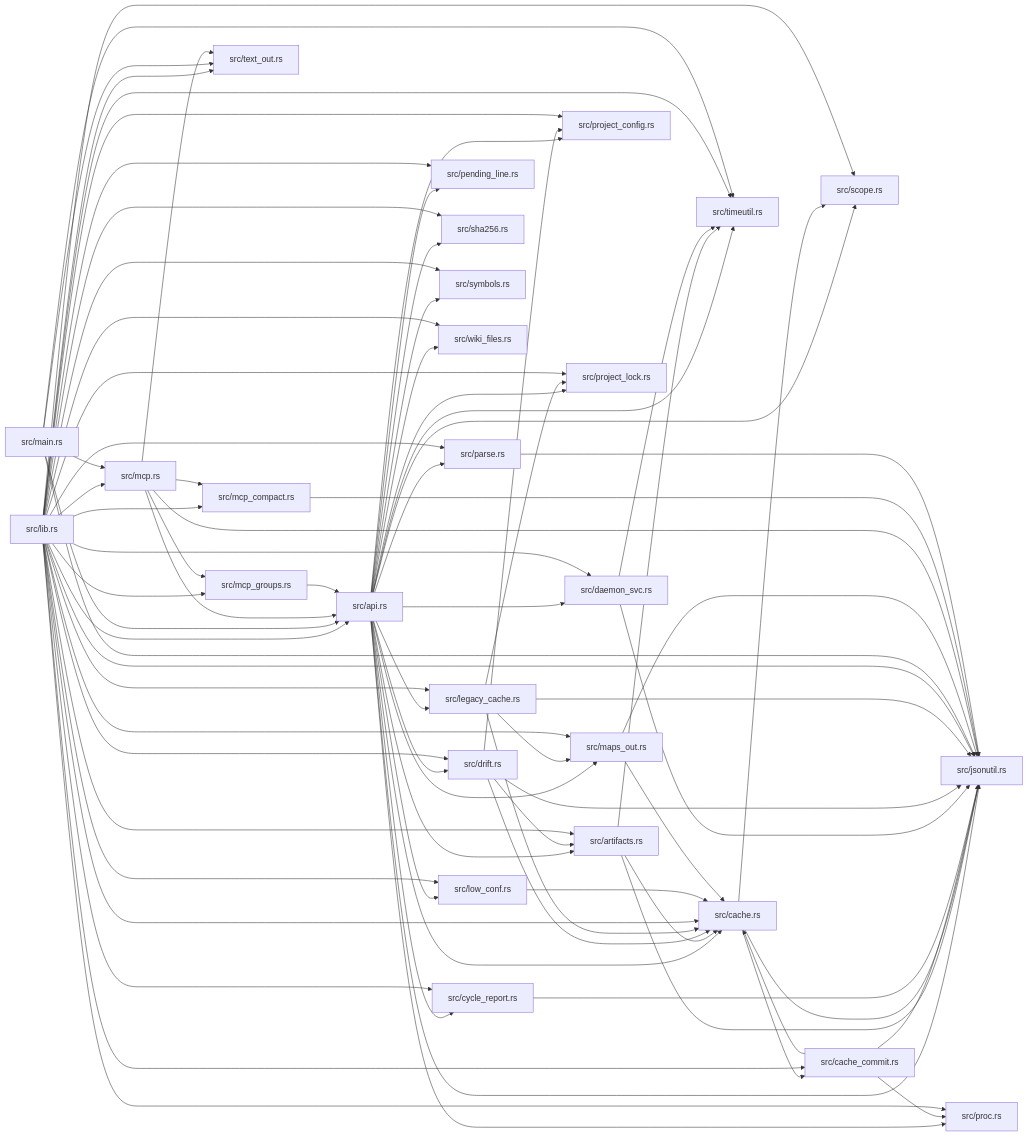
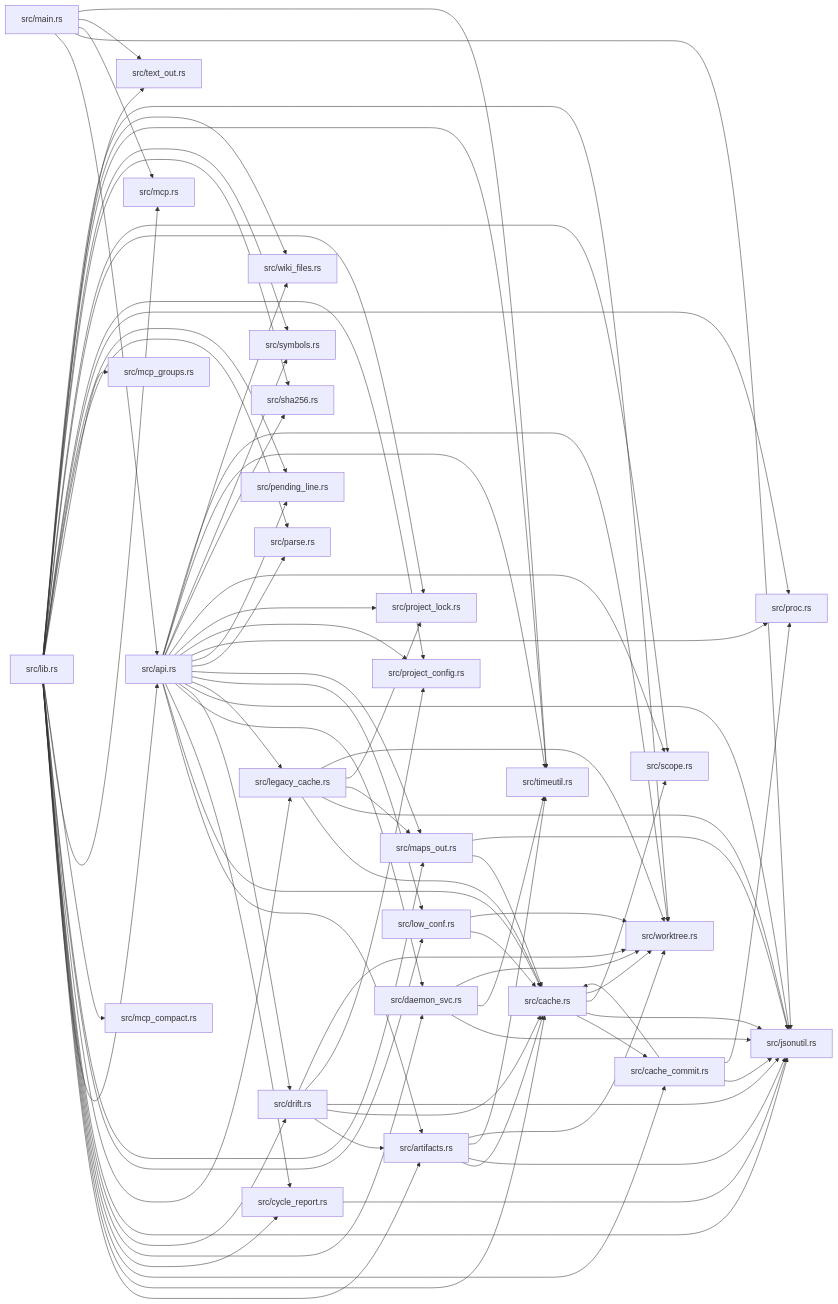
Before and after one commit to IronAdamant/wikifier: the diagram in library.md, drawn with Mermaid. The commit also changed other lines of this file and 55 other files, not shown here.

````diff
--- a/library.md
+++ b/library.md
@@ -75,65 +78,65 @@
   n0["src/api.rs"] --> n17["src/symbols.rs"]
   n0["src/api.rs"] --> n18["src/timeutil.rs"]
   n0["src/api.rs"] --> n19["src/wiki_files.rs"]
+  n0["src/api.rs"] --> n20["src/worktree.rs"]
   n1["src/artifacts.rs"] --> n2["src/cache.rs"]
   n1["src/artifacts.rs"] --> n6["src/jsonutil.rs"]
   n1["src/artifacts.rs"] --> n18["src/timeutil.rs"]
-  n2["src/cache.rs"] --> n20["src/cache_commit.rs"]
+  n1["src/artifacts.rs"] --> n20["src/worktree.rs"]
+  n2["src/cache.rs"] --> n21["src/cache_commit.rs"]
   n2["src/cache.rs"] --> n6["src/jsonutil.rs"]
   n2["src/cache.rs"] --> n15["src/scope.rs"]
-  n20["src/cache_commit.rs"] --> n2["src/cache.rs"]
-  n20["src/cache_commit.rs"] --> n6["src/jsonutil.rs"]
-  n20["src/cache_commit.rs"] --> n12["src/proc.rs"]
+  n2["src/cache.rs"] --> n20["src/worktree.rs"]
+  n21["src/cache_commit.rs"] --> n2["src/cache.rs"]
+  n21["src/cache_commit.rs"] --> n6["src/jsonutil.rs"]
+  n21["src/cache_commit.rs"] --> n12["src/proc.rs"]
   n3["src/cycle_report.rs"] --> n6["src/jsonutil.rs"]
   n4["src/daemon_svc.rs"] --> n6["src/jsonutil.rs"]
   n4["src/daemon_svc.rs"] --> n18["src/timeutil.rs"]
+  n4["src/daemon_svc.rs"] --> n20["src/worktree.rs"]
   n5["src/drift.rs"] --> n1["src/artifacts.rs"]
   n5["src/drift.rs"] --> n2["src/cache.rs"]
   n5["src/drift.rs"] --> n6["src/jsonutil.rs"]
   n5["src/drift.rs"] --> n13["src/project_config.rs"]
+  n5["src/drift.rs"] --> n20["src/worktree.rs"]
   n7["src/legacy_cache.rs"] --> n2["src/cache.rs"]
   n7["src/legacy_cache.rs"] --> n6["src/jsonutil.rs"]
   n7["src/legacy_cache.rs"] --> n9["src/maps_out.rs"]
   n7["src/legacy_cache.rs"] --> n14["src/project_lock.rs"]
-  n21["src/lib.rs"] --> n0["src/api.rs"]
-  n21["src/lib.rs"] --> n1["src/artifacts.rs"]
-  n21["src/lib.rs"] --> n2["src/cache.rs"]
-  n21["src/lib.rs"] --> n20["src/cache_commit.rs"]
-  n21["src/lib.rs"] --> n3["src/cycle_report.rs"]
-  n21["src/lib.rs"] --> n4["src/daemon_svc.rs"]
-  n21["src/lib.rs"] --> n5["src/drift.rs"]
-  n21["src/lib.rs"] --> n6["src/jsonutil.rs"]
-  n21["src/lib.rs"] --> n7["src/legacy_cache.rs"]
-  n21["src/lib.rs"] --> n8["src/low_conf.rs"]
-  n21["src/lib.rs"] --> n9["src/maps_out.rs"]
-  n21["src/lib.rs"] --> n22["src/mcp.rs"]
-  n21["src/lib.rs"] --> n23["src/mcp_compact.rs"]
-  n21["src/lib.rs"] --> n24["src/mcp_groups.rs"]
-  n21["src/lib.rs"] --> n10["src/parse.rs"]
-  n21["src/lib.rs"] --> n11["src/pending_line.rs"]
-  n21["src/lib.rs"] --> n12["src/proc.rs"]
-  n21["src/lib.rs"] --> n13["src/project_config.rs"]
-  n21["src/lib.rs"] --> n14["src/project_lock.rs"]
-  n21["src/lib.rs"] --> n15["src/scope.rs"]
-  n21["src/lib.rs"] --> n16["src/sha256.rs"]
-  n21["src/lib.rs"] --> n17["src/symbols.rs"]
-  n21["src/lib.rs"] --> n25["src/text_out.rs"]
-  n21["src/lib.rs"] --> n18["src/timeutil.rs"]
-  n21["src/lib.rs"] --> n19["src/wiki_files.rs"]
+  n7["src/legacy_cache.rs"] --> n20["src/worktree.rs"]
+  n22["src/lib.rs"] --> n0["src/api.rs"]
+  n22["src/lib.rs"] --> n1["src/artifacts.rs"]
+  n22["src/lib.rs"] --> n2["src/cache.rs"]
+  n22["src/lib.rs"] --> n21["src/cache_commit.rs"]
+  n22["src/lib.rs"] --> n3["src/cycle_report.rs"]
+  n22["src/lib.rs"] --> n4["src/daemon_svc.rs"]
+  n22["src/lib.rs"] --> n5["src/drift.rs"]
+  n22["src/lib.rs"] --> n6["src/jsonutil.rs"]
+  n22["src/lib.rs"] --> n7["src/legacy_cache.rs"]
+  n22["src/lib.rs"] --> n8["src/low_conf.rs"]
+  n22["src/lib.rs"] --> n9["src/maps_out.rs"]
+  n22["src/lib.rs"] --> n23["src/mcp.rs"]
+  n22["src/lib.rs"] --> n24["src/mcp_compact.rs"]
+  n22["src/lib.rs"] --> n25["src/mcp_groups.rs"]
+  n22["src/lib.rs"] --> n10["src/parse.rs"]
+  n22["src/lib.rs"] --> n11["src/pending_line.rs"]
+  n22["src/lib.rs"] --> n12["src/proc.rs"]
+  n22["src/lib.rs"] --> n13["src/project_config.rs"]
+  n22["src/lib.rs"] --> n14["src/project_lock.rs"]
+  n22["src/lib.rs"] --> n15["src/scope.rs"]
+  n22["src/lib.rs"] --> n16["src/sha256.rs"]
+  n22["src/lib.rs"] --> n17["src/symbols.rs"]
+  n22["src/lib.rs"] --> n26["src/text_out.rs"]
+  n22["src/lib.rs"] --> n18["src/timeutil.rs"]
+  n22["src/lib.rs"] --> n19["src/wiki_files.rs"]
+  n22["src/lib.rs"] --> n20["src/worktree.rs"]
   n8["src/low_conf.rs"] --> n2["src/cache.rs"]
-  n26["src/main.rs"] --> n0["src/api.rs"]
-  n26["src/main.rs"] --> n6["src/jsonutil.rs"]
-  n26["src/main.rs"] --> n22["src/mcp.rs"]
-  n26["src/main.rs"] --> n25["src/text_out.rs"]
-  n26["src/main.rs"] --> n18["src/timeutil.rs"]
+  n8["src/low_conf.rs"] --> n20["src/worktree.rs"]
+  n27["src/main.rs"] --> n0["src/api.rs"]
+  n27["src/main.rs"] --> n6["src/jsonutil.rs"]
+  n27["src/main.rs"] --> n23["src/mcp.rs"]
+  n27["src/main.rs"] --> n26["src/text_out.rs"]
+  n27["src/main.rs"] --> n18["src/timeutil.rs"]
   n9["src/maps_out.rs"] --> n2["src/cache.rs"]
   n9["src/maps_out.rs"] --> n6["src/jsonutil.rs"]
-  n22["src/mcp.rs"] --> n0["src/api.rs"]
-  n22["src/mcp.rs"] --> n6["src/jsonutil.rs"]
-  n22["src/mcp.rs"] --> n23["src/mcp_compact.rs"]
-  n22["src/mcp.rs"] --> n24["src/mcp_groups.rs"]
-  n22["src/mcp.rs"] --> n25["src/text_out.rs"]
-  n23["src/mcp_compact.rs"] --> n6["src/jsonutil.rs"]
-  n24["src/mcp_groups.rs"] --> n0["src/api.rs"]
-  n10["src/parse.rs"] --> n6["src/jsonutil.rs"]
 ```
````
